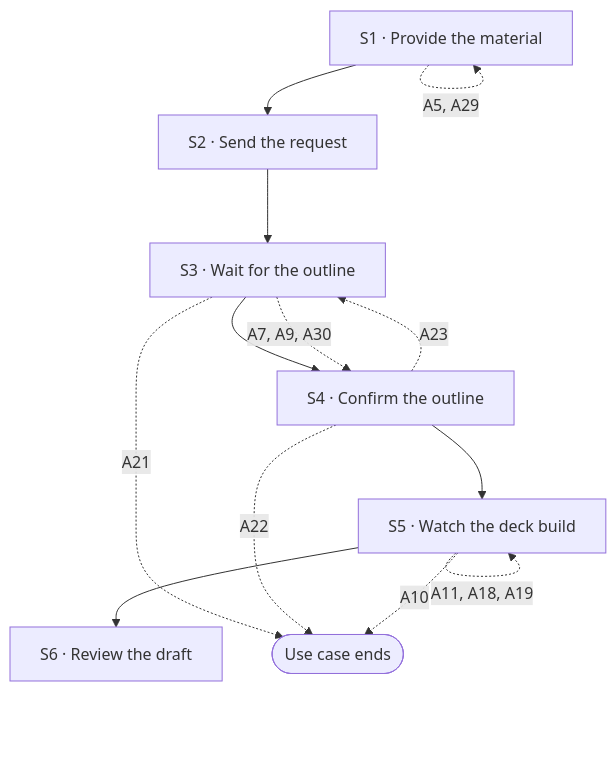
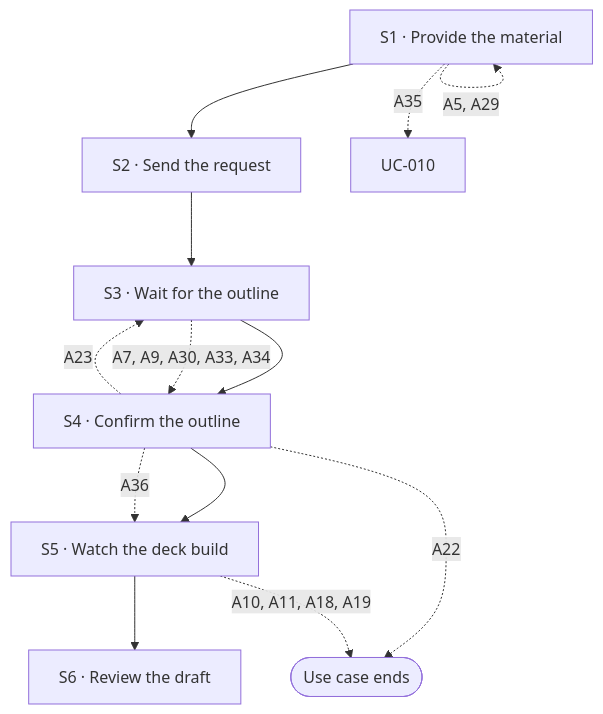
The diagram in docs/spec/03-use-cases/UC-001.md (Luke23127006/DeckAgent), drawn with Mermaid before and after one commit. The commit also changed other lines of this file and 27 other files, not shown here.

````diff
--- a/docs/spec/03-use-cases/UC-001.md
+++ b/docs/spec/03-use-cases/UC-001.md
@@ -18,18 +15,19 @@
 ```mermaid
 flowchart TD
   S1["S1 · Provide the material"]
   S2["S2 · Send the request"]
   S3["S3 · Wait for the outline"]
   S4["S4 · Confirm the outline"]
   S5["S5 · Watch the deck build"]
   S6["S6 · Review the draft"]
   DONE(["Use case ends"])
+  UC010["UC-010"]
   S1 --> S2 --> S3 --> S4 --> S5 --> S6
   S1 -.->|"A5, A29"| S1
-  S3 -.->|"A7, A9, A30"| S4
-  S3 -.->|"A21"| DONE
+  S1 -.->|"A35"| UC010
+  S3 -.->|"A7, A9, A30, A33, A34"| S4
   S4 -.->|"A22"| DONE
   S4 -.->|"A23"| S3
-  S5 -.->|"A10"| DONE
-  S5 -.->|"A11, A18, A19"| S5
+  S4 -.->|"A36"| S5
+  S5 -.->|"A10, A11, A18, A19"| DONE
 ```
````
